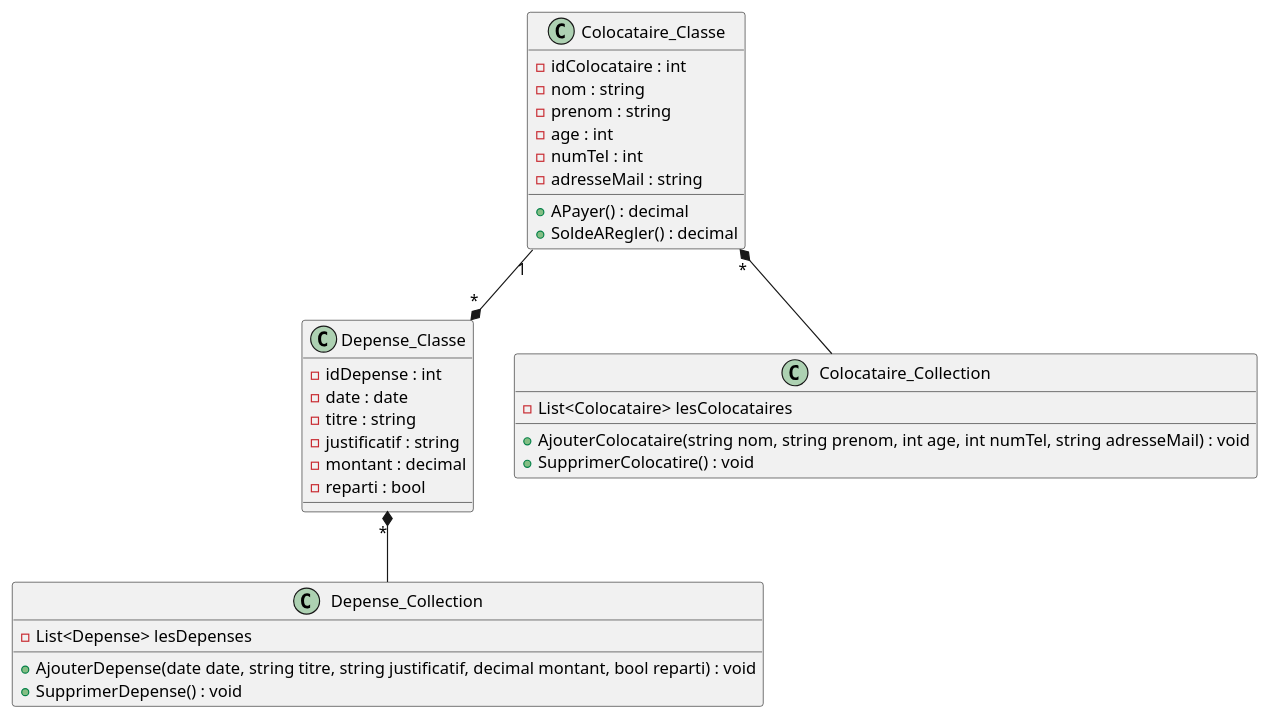
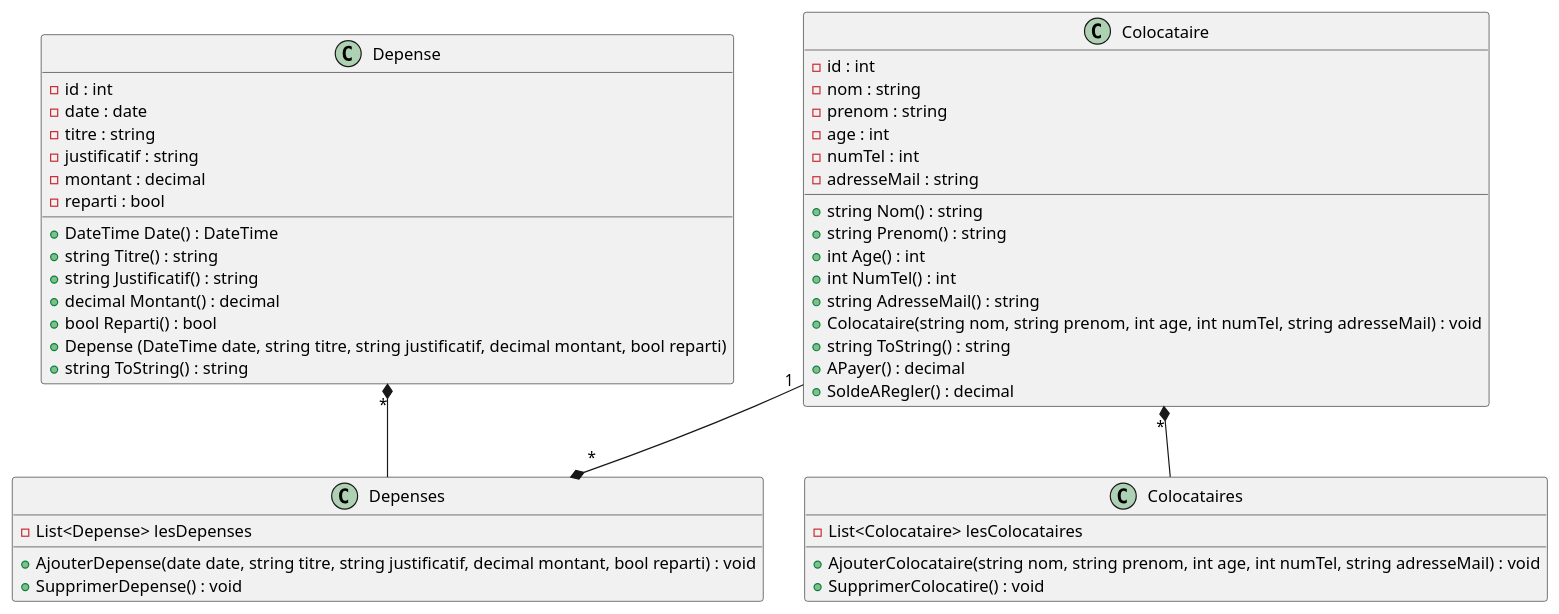
One commit to MihutaMihail/application_crous changed the sixth of 6 diagrams in README.md. Above: the diagram before and after it, drawn with PlantUML. The commit also changed 1 other file, not shown here.

Commit message:
Modification du diagramme de classe

````diff
--- a/README.md
+++ b/README.md
@@ -216,40 +216,55 @@
 ```plantuml
 @startuml model1
 scale 1
 
-class Depense_Classe {
-    - idDepense : int
+class Depense {
+    - id : int
     - date : date
     - titre : string
     - justificatif : string
     - montant : decimal
     - reparti : bool
+    + DateTime Date() : DateTime
+    + string Titre() : string
+    + string Justificatif() : string
+    + decimal Montant() : decimal
+    + bool Reparti() : bool
+    + Depense (DateTime date, string titre, string justificatif, decimal montant, bool reparti)
+    + string ToString() : string
+
 }
-class Depense_Collection {
+class Depenses {
     - List<Depense> lesDepenses
     + AjouterDepense(date date, string titre, string justificatif, decimal montant, bool reparti) : void
     + SupprimerDepense() : void
 }
 
-class Colocataire_Classe {
-    - idColocataire : int
+class Colocataire {
+    - id : int
     - nom : string
     - prenom : string
     - age : int
     - numTel : int
     - adresseMail : string
+    + string Nom() : string
+    + string Prenom() : string
+    + int Age() : int
+    + int NumTel() : int
+    + string AdresseMail() : string
+    + Colocataire(string nom, string prenom, int age, int numTel, string adresseMail) : void
+    + string ToString() : string
     + APayer() : decimal
     + SoldeARegler() : decimal
 }
-class Colocataire_Collection {
+class Colocataires {
     - List<Colocataire> lesColocataires
     + AjouterColocataire(string nom, string prenom, int age, int numTel, string adresseMail) : void
     + SupprimerColocatire() : void
 }
 
-Colocataire_Classe "1" --* "*" Depense_Classe
-Colocataire_Classe "*" *-- Colocataire_Collection
-Depense_Classe "*" *-- Depense_Collection
+Colocataire "1" --* "*" Depenses
+Colocataire "*" *-- Colocataires
+Depense "*" *-- Depenses
 
 @enduml
 ```
````
